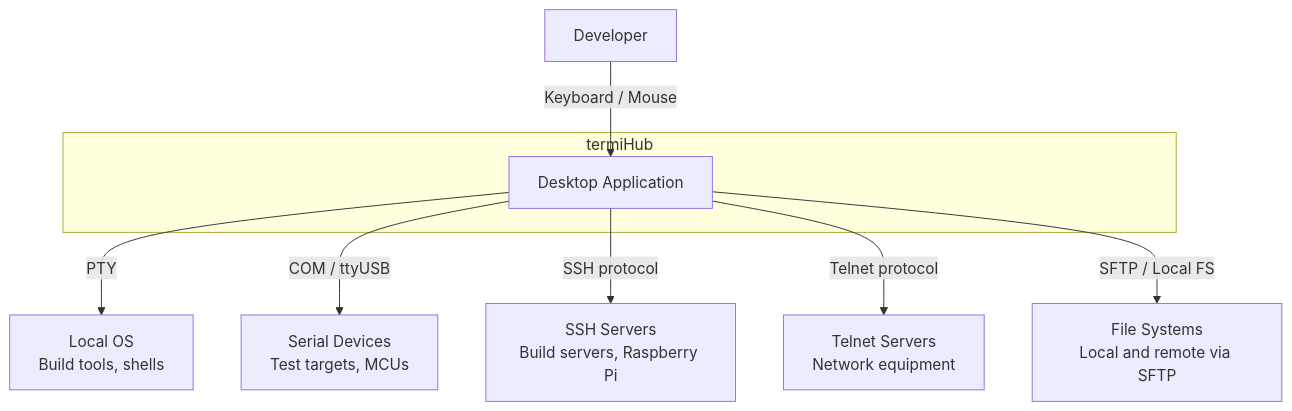
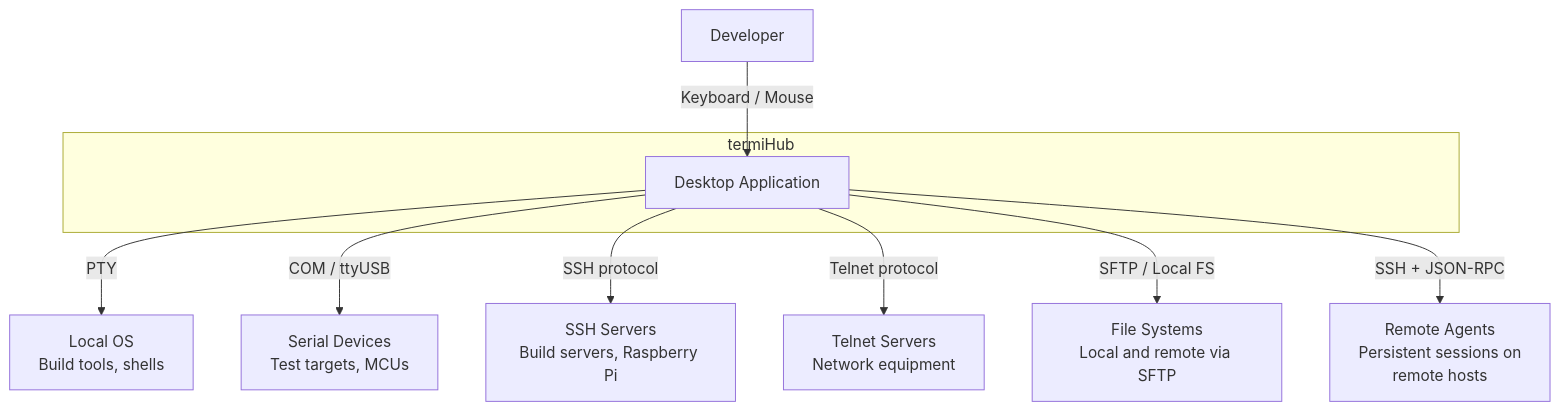
The first of 17 diagrams in docs/architecture.md (armaxri/termiHub), drawn with Mermaid before and after one commit. The commit also changed other lines of this file, not shown here.

First line of the commit message:
docs(architecture): consolidate agent phase docs into main architecture

````diff
--- a/docs/architecture.md
+++ b/docs/architecture.md
@@ -98,21 +98,23 @@
 ```mermaid
 graph TB
     DEV[Developer]
 
     subgraph "termiHub"
         APP[Desktop Application]
     end
 
     LOCAL[Local OS<br/>Build tools, shells]
     SERIAL[Serial Devices<br/>Test targets, MCUs]
     SSH_HOST[SSH Servers<br/>Build servers, Raspberry Pi]
     TELNET_HOST[Telnet Servers<br/>Network equipment]
     FS[File Systems<br/>Local and remote via SFTP]
+    AGENT[Remote Agents<br/>Persistent sessions on<br/>remote hosts]
 
     DEV -->|Keyboard / Mouse| APP
     APP -->|PTY| LOCAL
     APP -->|COM / ttyUSB| SERIAL
     APP -->|SSH protocol| SSH_HOST
     APP -->|Telnet protocol| TELNET_HOST
     APP -->|SFTP / Local FS| FS
+    APP -->|SSH + JSON-RPC| AGENT
 ```
````
